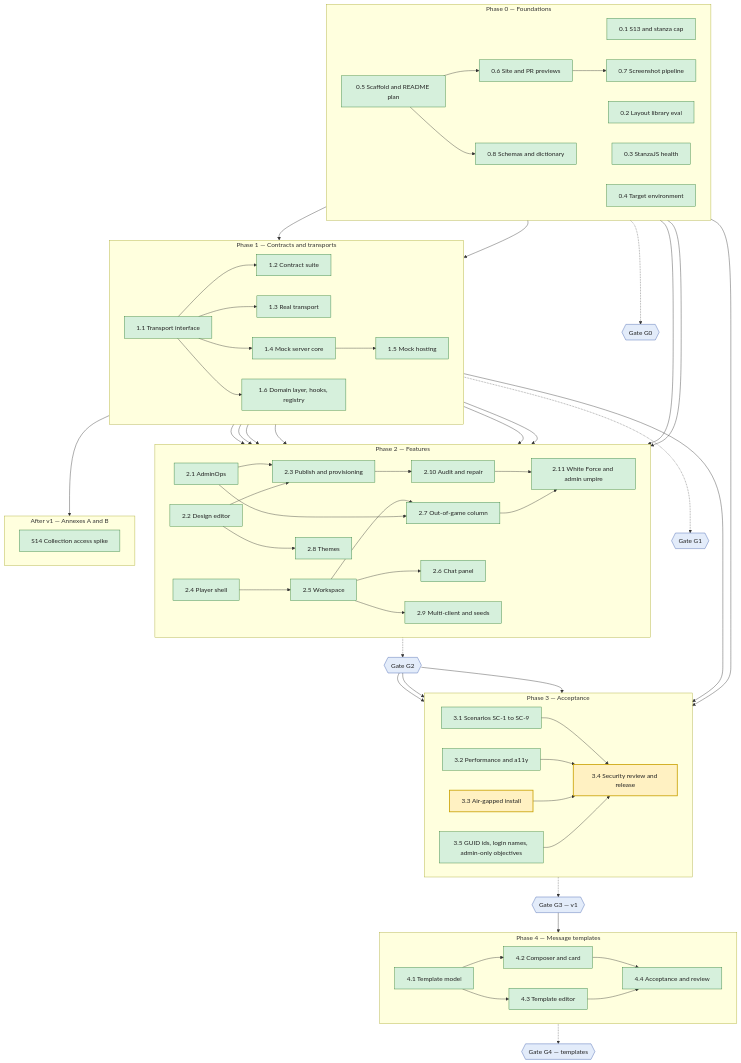
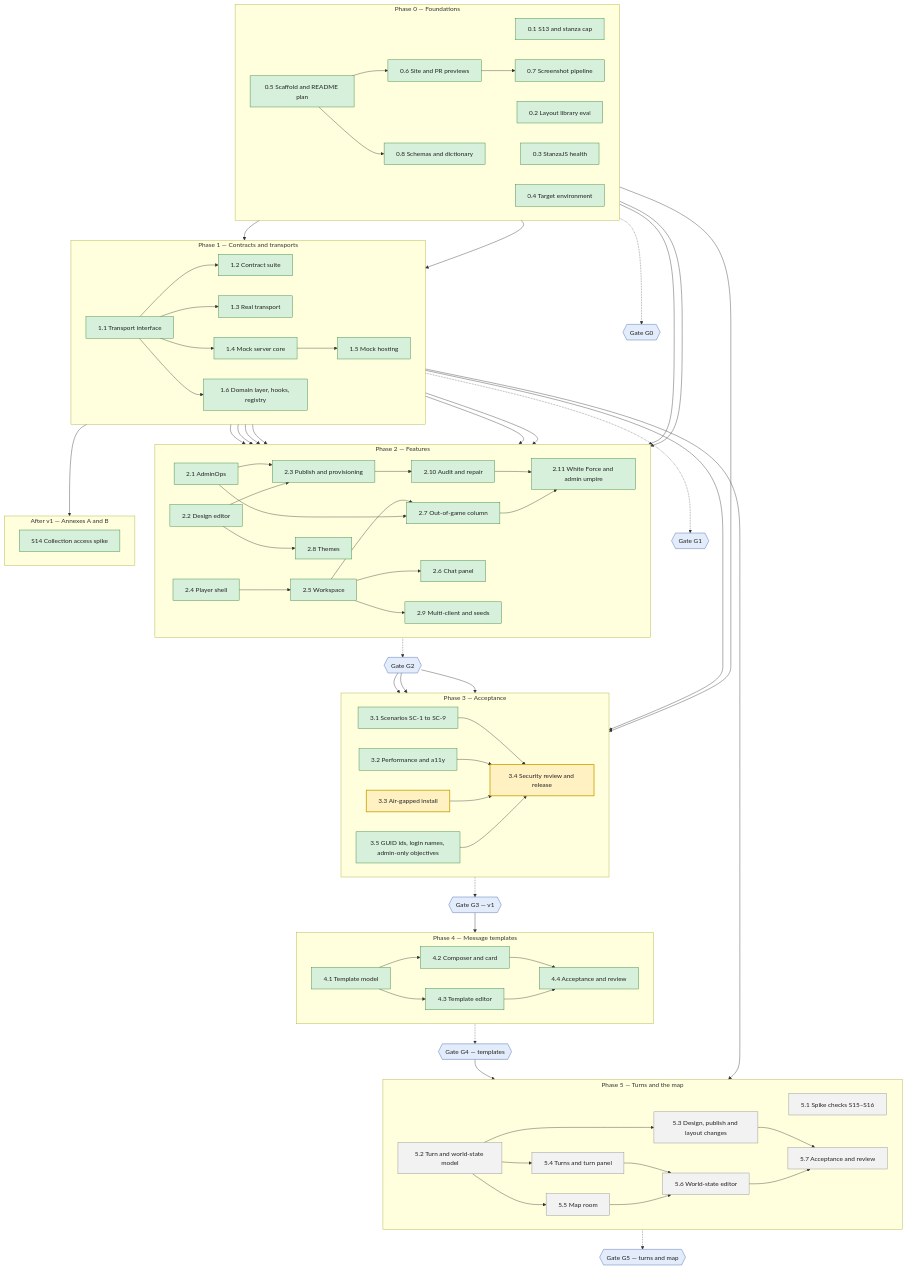
The diagram in README.md (serge-web/war-rooms-x2), drawn with Mermaid before and after one commit. The commit also changed 5 other files, not shown here.

First line of the commit message:
SRD: merge the product owner's Nov 3 revision (turns and the map); plan Phase 5

````diff
--- a/README.md
+++ b/README.md
@@ -57,6 +57,16 @@
         wp43["4.3 Template editor"]
         wp44["4.4 Acceptance and review"]
     end
+    subgraph P5["Phase 5 — Turns and the map"]
+        direction LR
+        wp51["5.1 Spike checks S15–S16"]
+        wp52["5.2 Turn and world-state model"]
+        wp53["5.3 Design, publish and layout changes"]
+        wp54["5.4 Turns and turn panel"]
+        wp55["5.5 Map room"]
+        wp56["5.6 World-state editor"]
+        wp57["5.7 Acceptance and review"]
+    end
     subgraph PX["After v1 — Annexes A and B"]
         direction LR
         wps14["S14 Collection access spike"]
@@ -66,6 +76,7 @@
     G2{{"Gate G2"}}
     G3{{"Gate G3 — v1"}}
     G4{{"Gate G4 — templates"}}
+    G5{{"Gate G5 — turns and map"}}
 
     wp05 --> wp06 --> wp07
     wp05 --> wp08
@@ -94,12 +105,19 @@
     wp41 --> wp42 & wp43
     wp42 & wp43 --> wp44
     P4 -.-> G4
+    G4 --> wp52
+    wp12 --> wp51
+    wp52 --> wp53 & wp54 & wp55
+    wp54 & wp55 --> wp56
+    wp53 & wp56 --> wp57
+    P5 -.-> G5
 
     classDef todo fill:#f2f2f2,stroke:#888,color:#222
     classDef active fill:#fff1c2,stroke:#c9a000,color:#222,stroke-width:2px
     classDef done fill:#d6f0dc,stroke:#2e7d32,color:#222
     classDef gate fill:#e3ecfa,stroke:#3b5bab,color:#222
+    class wp51,wp52,wp53,wp54,wp55,wp56,wp57 todo
     class wp33,wp34 active
     class wp01,wp02,wp03,wp04,wp05,wp06,wp07,wp08,wp11,wp12,wp13,wp14,wp15,wp16,wp21,wp22,wp23,wp24,wp25,wp26,wp27,wp28,wp29,wp210,wp211,wp31,wp32,wp35,wps14,wp41,wp42,wp43,wp44 done
-    class G0,G1,G2,G3,G4 gate
+    class G0,G1,G2,G3,G4,G5 gate
 ```
````
